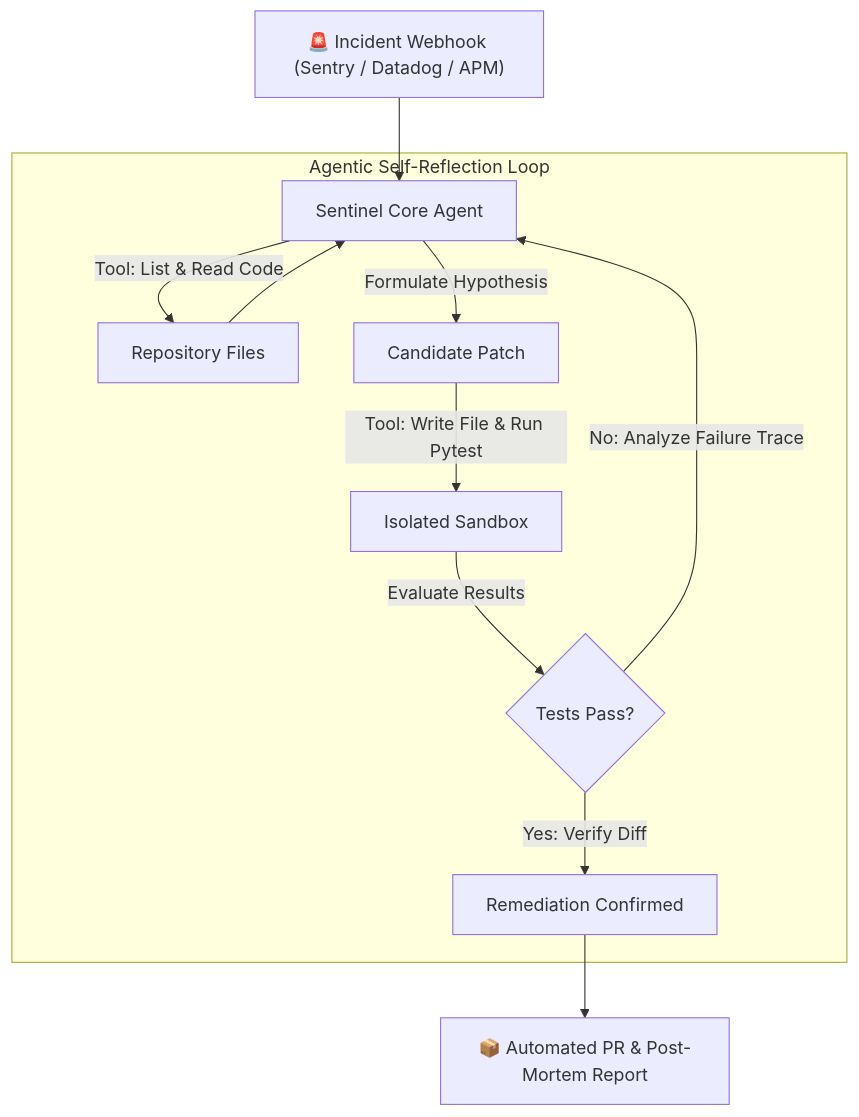
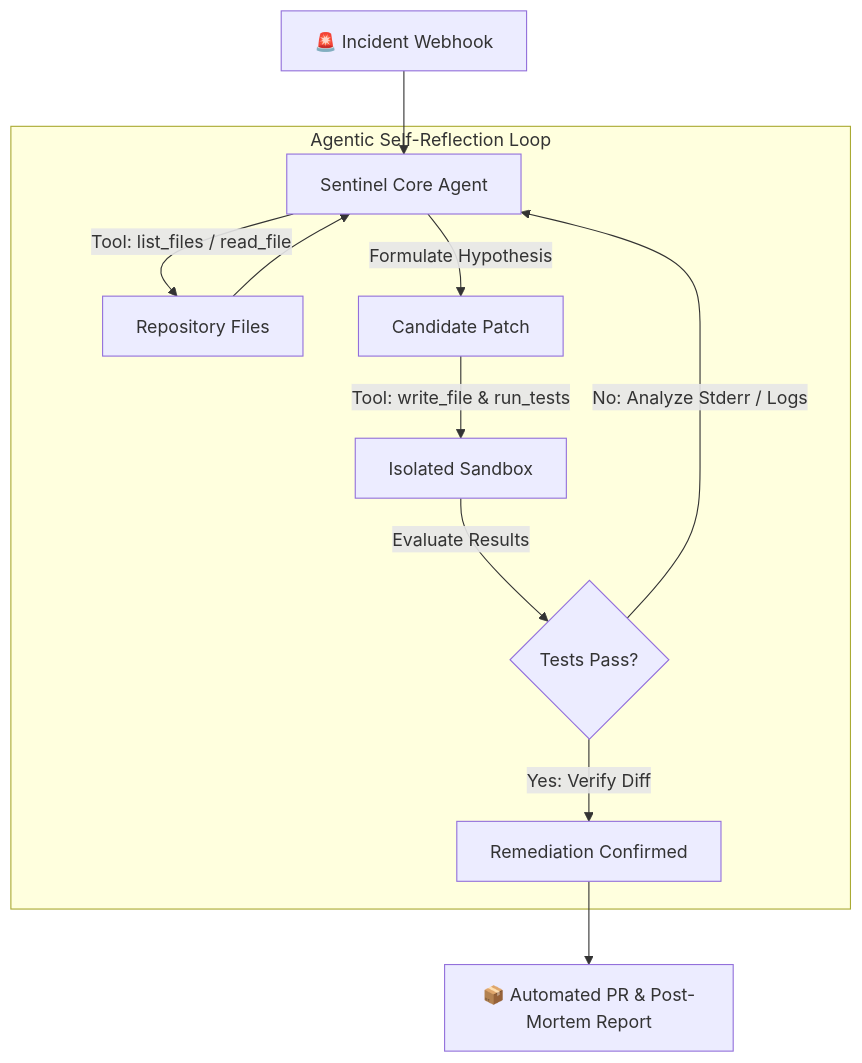
One commit to sundeep8967/sentinel-agent changed the diagram in README.md. Above: the diagram before and after it, drawn with Mermaid. The commit also changed other lines of this file and 2 other files, not shown here.

Commit message:
docs: add LLMS.txt and ARCHITECTURE.md specifications for LLM readability

````diff
--- a/README.md
+++ b/README.md
@@ -26,16 +34,16 @@
 ```mermaid
 flowchart TD
-    A["🚨 Incident Webhook (Sentry / Datadog / APM)"] --> B["Sentinel Core Agent"]
+    A["🚨 Incident Webhook"] --> B["Sentinel Core Agent"]
     
     subgraph Agentic Self-Reflection Loop
-        B -->|"Tool: List & Read Code"| C["Repository Files"]
+        B -->|"Tool: list_files / read_file"| C["Repository Files"]
         C --> B
         B -->|"Formulate Hypothesis"| D["Candidate Patch"]
-        D -->|"Tool: Write File & Run Pytest"| E["Isolated Sandbox"]
+        D -->|"Tool: write_file & run_tests"| E["Isolated Sandbox"]
         E -->|"Evaluate Results"| F{"Tests Pass?"}
-        F -->|"No: Analyze Failure Trace"| B
+        F -->|"No: Analyze Stderr / Logs"| B
         F -->|"Yes: Verify Diff"| G["Remediation Confirmed"]
     end
     
     G --> H["📦 Automated PR & Post-Mortem Report"]
 ```
````
